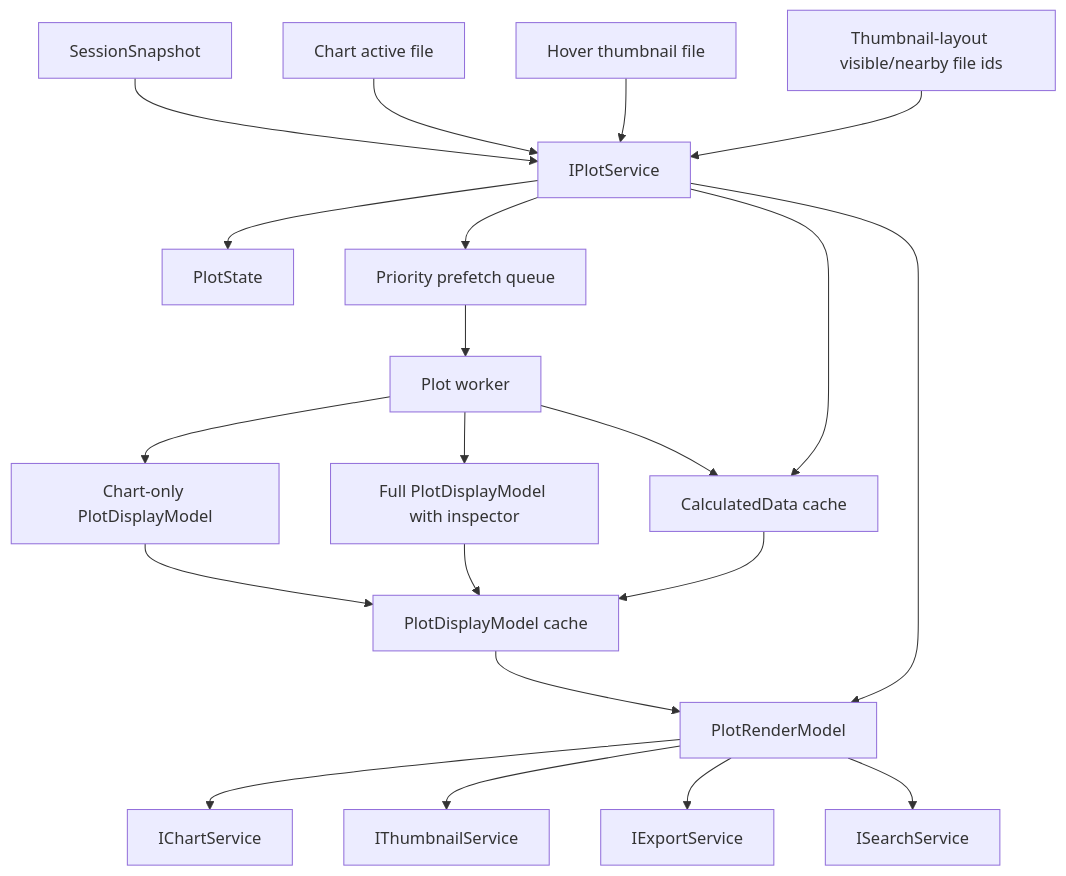
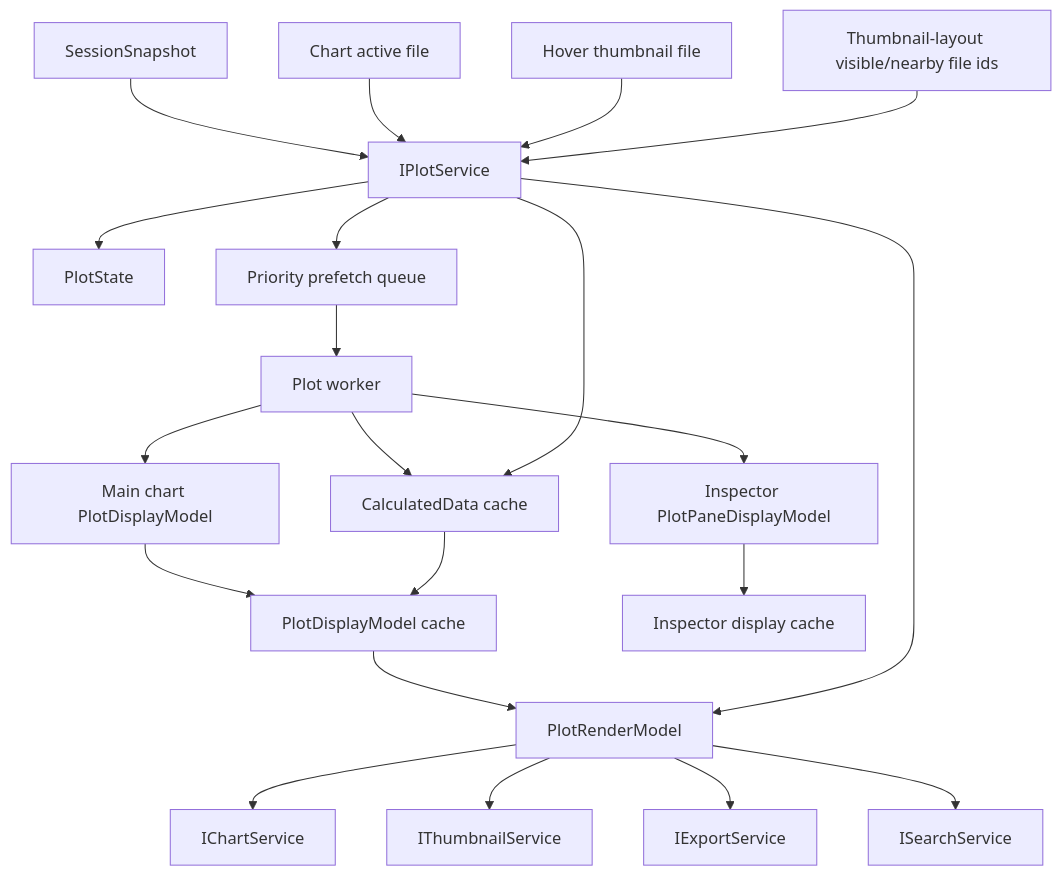
The diagram in .github/instructions/plot.instructions.md (chogng/conductor), drawn with Mermaid before and after one commit. The commit also changed other lines of this file and 9 other files, not shown here.

Commit message:
Split inspector plot prefetch from chart display model

````diff
--- a/.github/instructions/plot.instructions.md
+++ b/.github/instructions/plot.instructions.md
@@ -58,23 +58,23 @@
 ```mermaid
 flowchart TD
     Session[SessionSnapshot] --> PlotService[IPlotService]
     ChartActive[Chart active file] --> PlotService
     HoverPreview[Hover thumbnail file] --> PlotService
     ThumbnailRange[Thumbnail-layout visible/nearby file ids] --> PlotService
     PlotService --> State[PlotState]
     PlotService --> Queue[Priority prefetch queue]
     Queue --> Worker[Plot worker]
     Worker --> Cache[CalculatedData cache]
-    Worker --> ChartDisplay[Chart-only PlotDisplayModel]
+    Worker --> ChartDisplay[Main chart PlotDisplayModel]
     ChartDisplay --> DisplayCache[PlotDisplayModel cache]
-    Worker --> FullDisplay[Full PlotDisplayModel with inspector]
-    FullDisplay --> DisplayCache
+    Worker --> InspectorDisplay[Inspector PlotPaneDisplayModel]
+    InspectorDisplay --> InspectorCache[Inspector display cache]
     PlotService --> Cache[CalculatedData cache]
     Cache --> DisplayCache
     DisplayCache --> Model[PlotRenderModel]
     PlotService --> Model[PlotRenderModel]
     Model --> Chart[IChartService]
     Model --> Thumbnail[IThumbnailService]
     Model --> Export[IExportService]
     Model --> Search[ISearchService]
 ```
````
